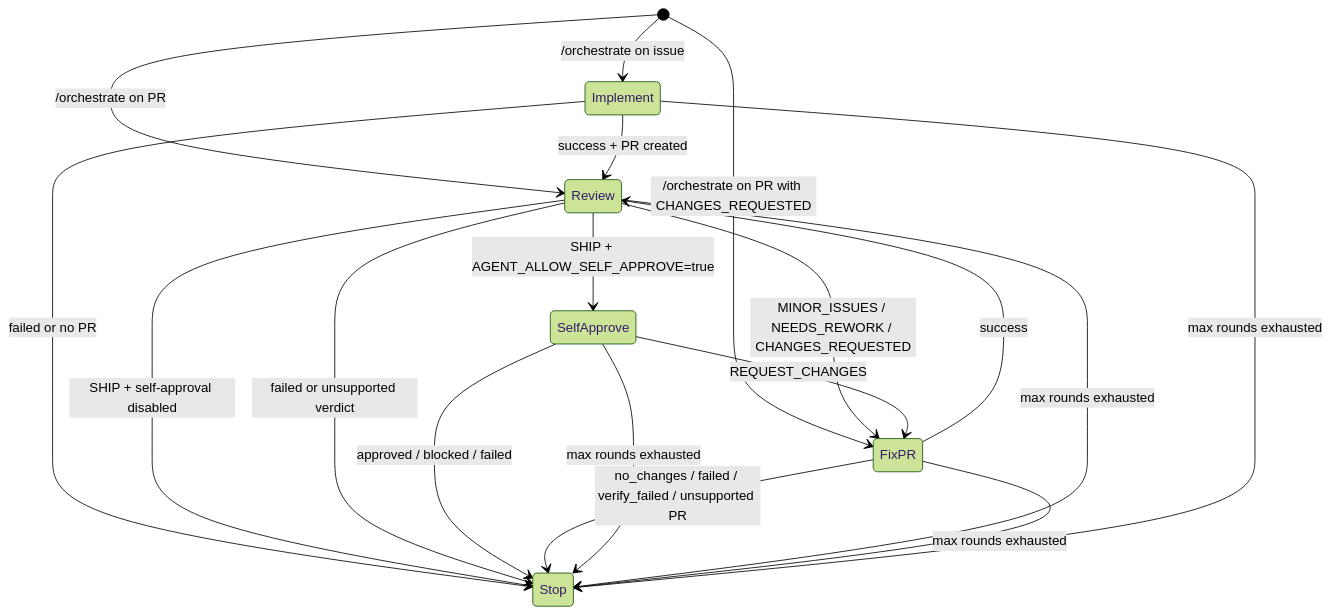
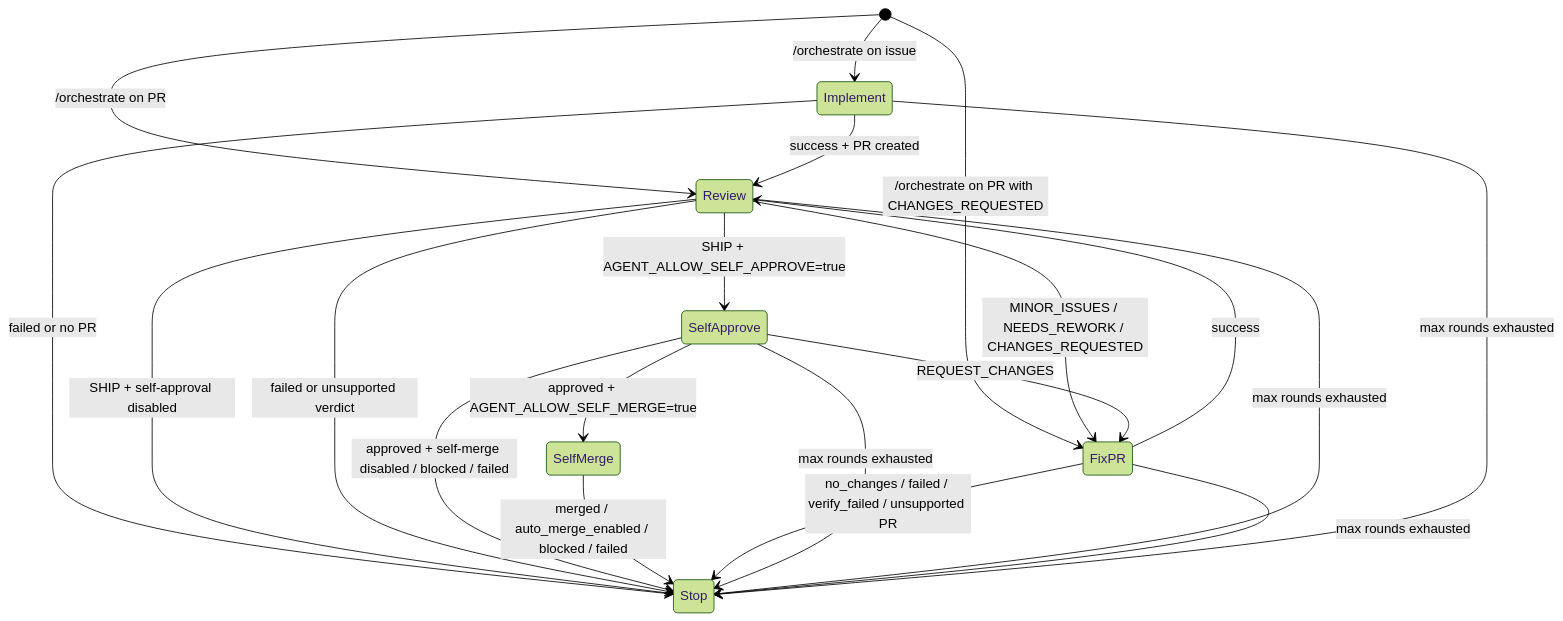
The diagram in .agent/docs/technical-details/agent-orchestrator.md (self-evolving/repo), drawn with Mermaid (forest theme) before and after one commit. The commit also changed other lines of this file and 31 other files, not shown here.

Commit message:
Add opt-in self-merge after self-approval

````diff
--- a/.agent/docs/technical-details/agent-orchestrator.md
+++ b/.agent/docs/technical-details/agent-orchestrator.md
@@ -18,25 +18,27 @@
 ```mermaid
 stateDiagram-v2
     [*] --> Implement: /orchestrate on issue
     [*] --> Review: /orchestrate on PR
     [*] --> FixPR: /orchestrate on PR with CHANGES_REQUESTED
 
     Implement --> Review: success + PR created
     Implement --> Stop: failed or no PR
 
     Review --> SelfApprove: SHIP + AGENT_ALLOW_SELF_APPROVE=true
     Review --> FixPR: MINOR_ISSUES / NEEDS_REWORK / CHANGES_REQUESTED
     Review --> Stop: SHIP + self-approval disabled
     Review --> Stop: failed or unsupported verdict
 
     SelfApprove --> FixPR: REQUEST_CHANGES
-    SelfApprove --> Stop: approved / blocked / failed
+    SelfApprove --> SelfMerge: approved + AGENT_ALLOW_SELF_MERGE=true
+    SelfApprove --> Stop: approved + self-merge disabled / blocked / failed
+    SelfMerge --> Stop: merged / auto_merge_enabled / blocked / failed
 
     FixPR --> Review: success
     FixPR --> Stop: no_changes / failed / verify_failed / unsupported PR
 
     SelfApprove --> Stop: max rounds exhausted
     Review --> Stop: max rounds exhausted
     FixPR --> Stop: max rounds exhausted
     Implement --> Stop: max rounds exhausted
 ```
````
